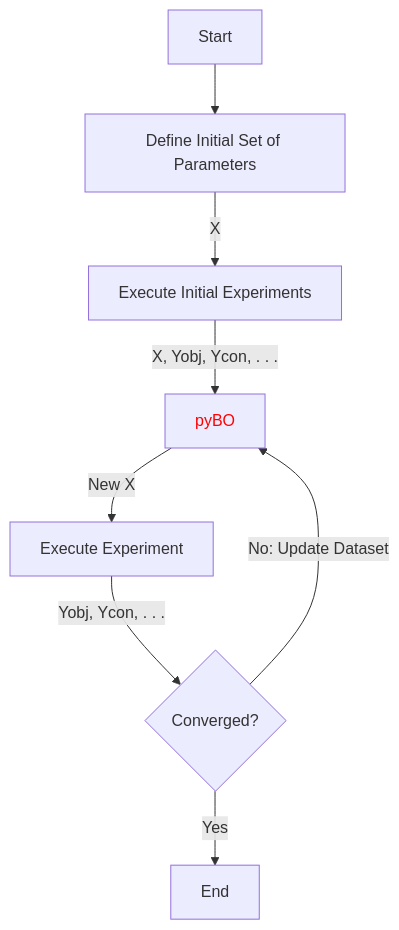
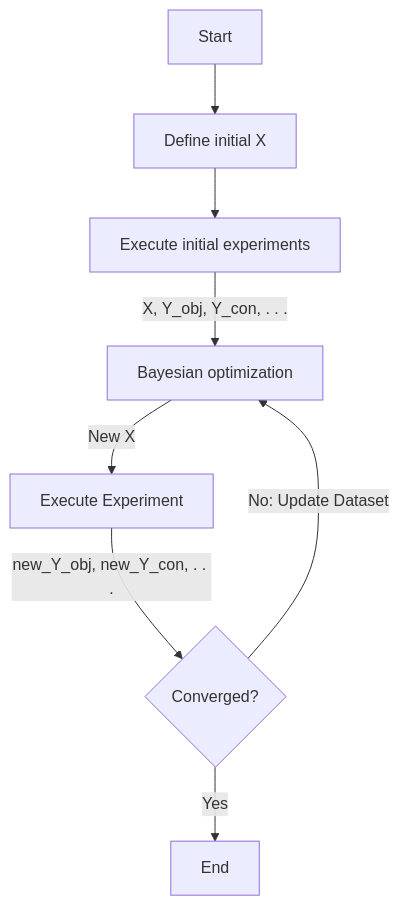
Before and after one commit to BerriesLab/pybo: the first of 2 diagrams in readme.md, drawn with Mermaid. The commit also changed other lines of this file, not shown here.

````diff
--- a/readme.md
+++ b/readme.md
@@ -45,18 +51,15 @@
 ```mermaid
 flowchart TD
-    A[Define Initial Set of Parameters]
-    B[Execute Initial Experiments]
-    C[pyBO]
+    A[Define initial X]
+    B[Execute initial experiments]
+    C[Bayesian optimization]
     D[Execute Experiment]
     E{Converged?}
     Start --> A
-    A -->|X| B
-    B -->|X, Yobj, Ycon, . . .| C
+    A --> B
+    B -->|X, Y_obj, Y_con, . . .| C
     C -->|New X| D
-    D -->|Yobj, Ycon, . . .| E
+    D -->|new_Y_obj, new_Y_con, . . .| E
     E -->|No: Update Dataset| C
     E -->|Yes| End
-    classDef redText color: red;
-    class C redText
-
 ```
````
